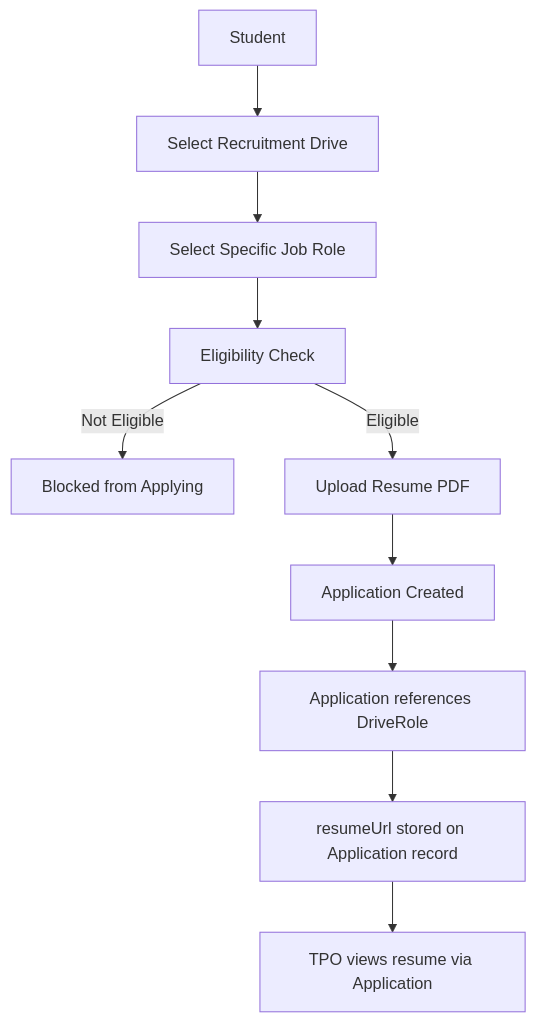
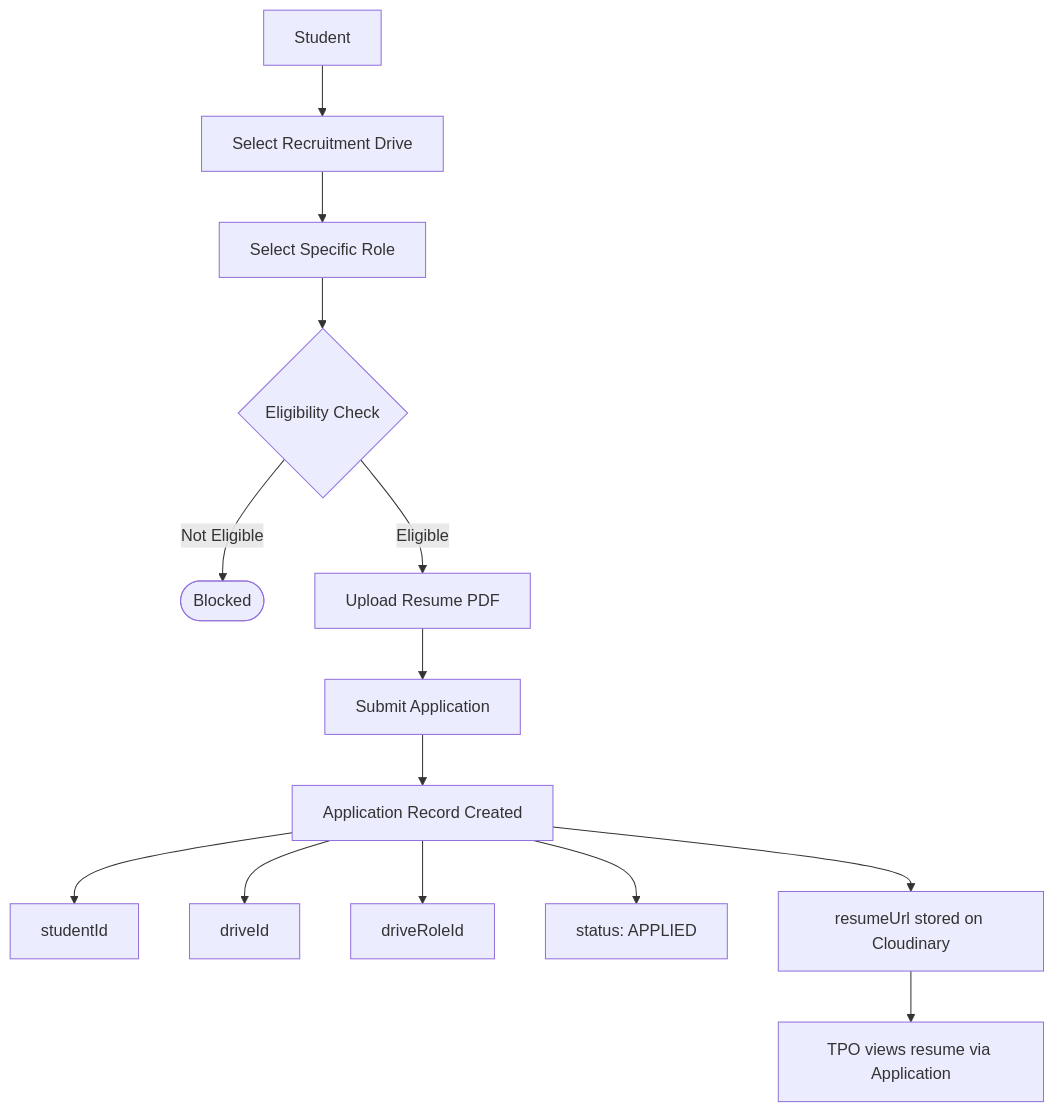
Before and after one commit to paldhaduk7-png/Mini-Placement-Portal: the eighth of 11 diagrams in README.md, drawn with Mermaid. The commit also changed other lines of this file, not shown here.

Commit message:
docs: Improve README diagrams and workflow explanations

````diff
--- a/README.md
+++ b/README.md
@@ -512,12 +557,18 @@
 ```mermaid
 flowchart TD
-    S[Student] --> D[Select Recruitment Drive]
-    D --> R[Select Specific Job Role]
-    R --> E[Eligibility Check]
-    E -- Not Eligible --> X[Blocked from Applying]
-    E -- Eligible --> U[Upload Resume PDF]
-    U --> A[Application Created]
-    A --> C[Application references DriveRole]
-    C --> F[resumeUrl stored on Application record]
-    F --> G[TPO views resume via Application]
+    A[Student] --> B[Select Recruitment Drive]
+    B --> C[Select Specific Role]
+    C --> D{Eligibility Check}
+    D -- Not Eligible --> E([Blocked])
+    D -- Eligible --> F[Upload Resume PDF]
+    F --> G[Submit Application]
+
+    G --> H[Application Record Created]
+    H --> H1[studentId]
+    H --> H2[driveId]
+    H --> H3[driveRoleId]
+    H --> H4[status: APPLIED]
+    H --> H5[resumeUrl stored on Cloudinary]
+
+    H5 --> I[TPO views resume via Application]
 ```
````
